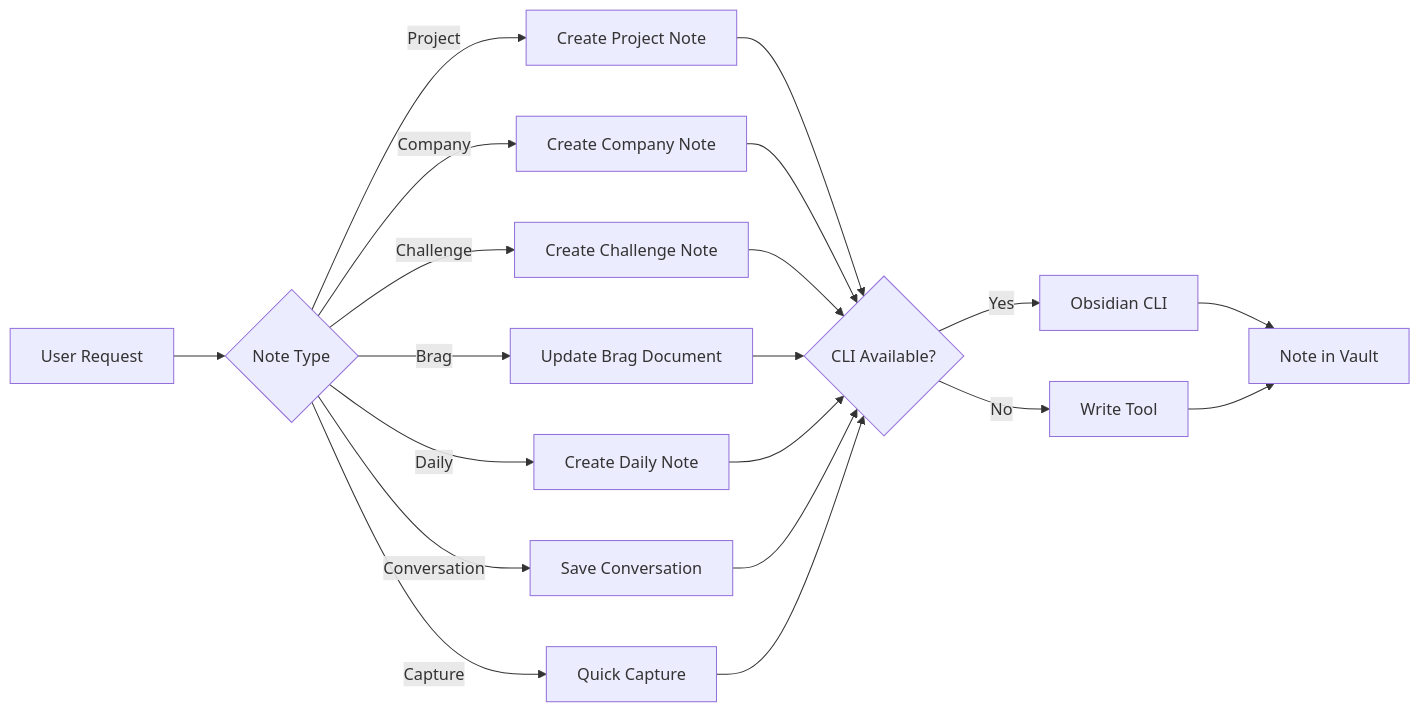
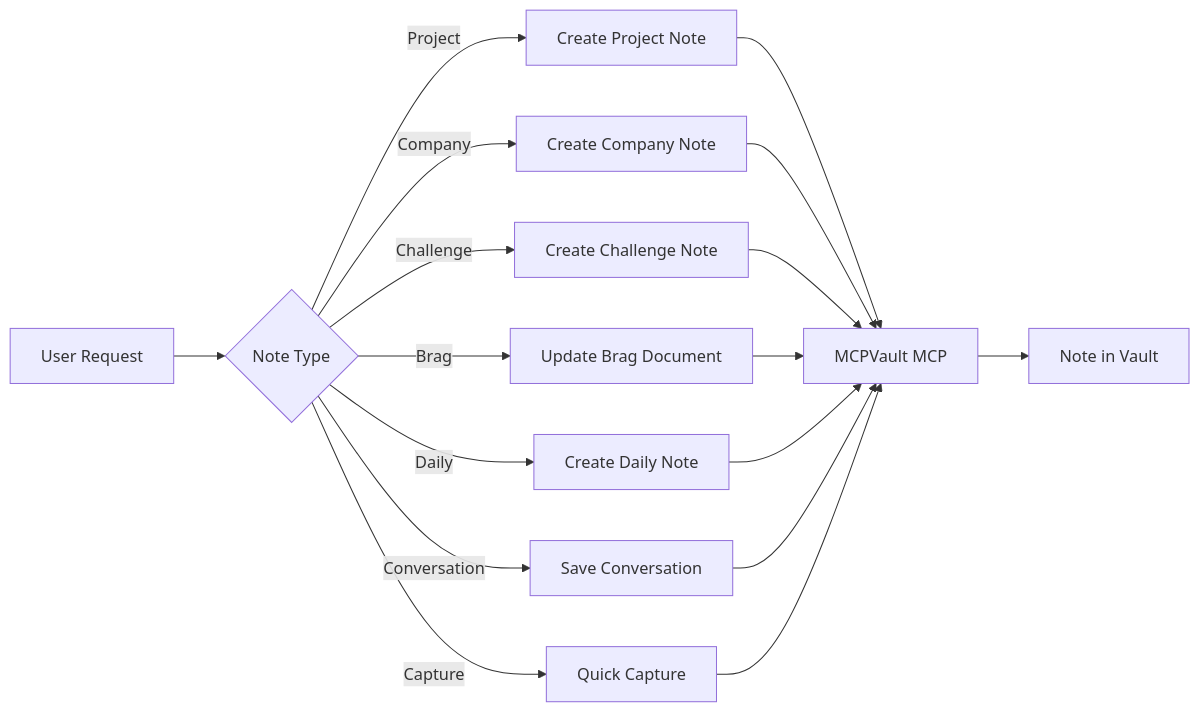
One commit to adeonir/agent-skills changed the diagram in skills/(tooling)/session-notes/README.md. Above: the diagram before and after it, drawn with Mermaid. The commit also changed other lines of this file and 10 other files, not shown here.

Commit message:
refactor: replace Obsidian CLI with MCPVault MCP in session-notes

````diff
--- a/skills/(tooling)/session-notes/README.md
+++ b/skills/(tooling)/session-notes/README.md
@@ -23,22 +23,19 @@
 ```mermaid
 flowchart LR
     T[User Request] --> D{Note Type}
     D -->|Project| P[Create Project Note]
     D -->|Company| C[Create Company Note]
     D -->|Challenge| H[Create Challenge Note]
     D -->|Brag| B[Update Brag Document]
     D -->|Daily| Y[Create Daily Note]
     D -->|Conversation| V[Save Conversation]
     D -->|Capture| Q[Quick Capture]
-    P --> W{CLI Available?}
-    C --> W
-    H --> W
-    B --> W
-    Y --> W
-    V --> W
-    Q --> W
-    W -->|Yes| O[Obsidian CLI]
-    W -->|No| F[Write Tool]
-    O --> N[Note in Vault]
-    F --> N
+    P --> M[MCPVault MCP]
+    C --> M
+    H --> M
+    B --> M
+    Y --> M
+    V --> M
+    Q --> M
+    M --> N[Note in Vault]
 ```
````
